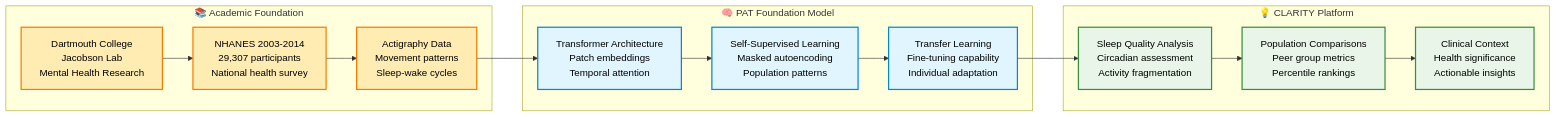
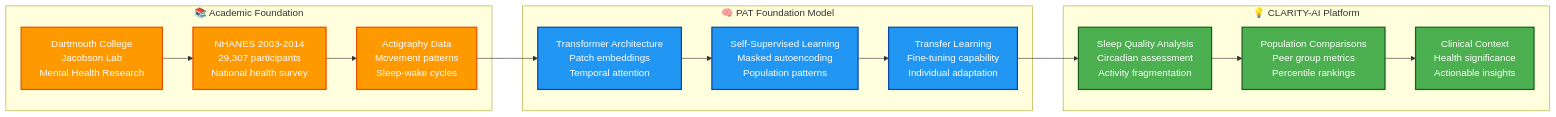
The second of 2 diagrams in docs/README.md (Clairty-Digital-Twin/clarity-loop-backend), drawn with Mermaid before and after one commit. The commit also changed other lines of this file and 4 other files, not shown here.

````diff
--- a/docs/README.md
+++ b/docs/README.md
@@ -83,30 +83,30 @@
 ```mermaid
 graph LR
     subgraph Research ["📚 Academic Foundation"]
         A[Dartmouth College<br/>Jacobson Lab<br/>Mental Health Research]
         B[NHANES 2003-2014<br/>29,307 participants<br/>National health survey]
         C[Actigraphy Data<br/>Movement patterns<br/>Sleep-wake cycles]
     end
     
     subgraph Model ["🧠 PAT Foundation Model"]
         D[Transformer Architecture<br/>Patch embeddings<br/>Temporal attention]
         E[Self-Supervised Learning<br/>Masked autoencoding<br/>Population patterns]
         F[Transfer Learning<br/>Fine-tuning capability<br/>Individual adaptation]
     end
     
-    subgraph Application ["💡 CLARITY Platform"]
+    subgraph Application ["💡 CLARITY-AI Platform"]
         G[Sleep Quality Analysis<br/>Circadian assessment<br/>Activity fragmentation]
         H[Population Comparisons<br/>Peer group metrics<br/>Percentile rankings]
         I[Clinical Context<br/>Health significance<br/>Actionable insights]
     end
     
     A --> B --> C --> D --> E --> F --> G --> H --> I
     
-    classDef research fill:#ffecb3,stroke:#f57c00,stroke-width:2px,color:black
-    classDef model fill:#e1f5fe,stroke:#0288d1,stroke-width:2px,color:black
-    classDef application fill:#e8f5e8,stroke:#388e3c,stroke-width:2px,color:black
+    classDef research fill:#ff9900,stroke:#e65100,stroke-width:2px,color:white
+    classDef model fill:#2196f3,stroke:#0d47a1,stroke-width:2px,color:white
+    classDef application fill:#4caf50,stroke:#1b5e20,stroke-width:2px,color:white
     
     class A,B,C research
     class D,E,F model
     class G,H,I application
 ```
````
